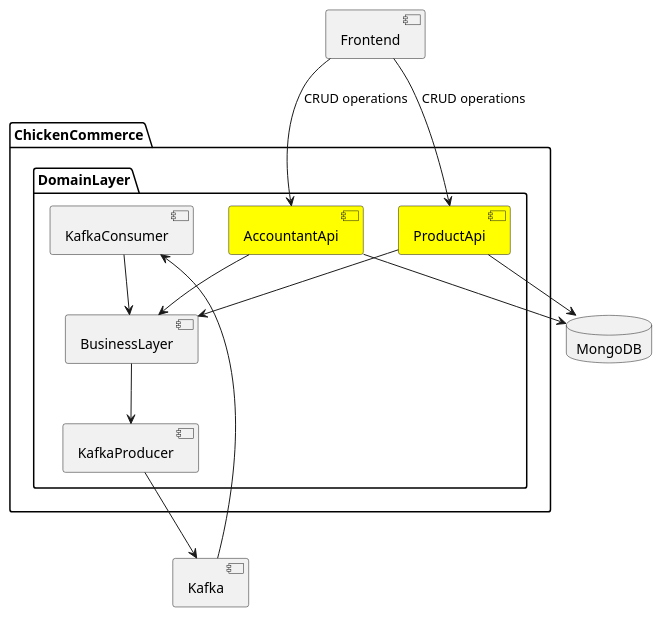
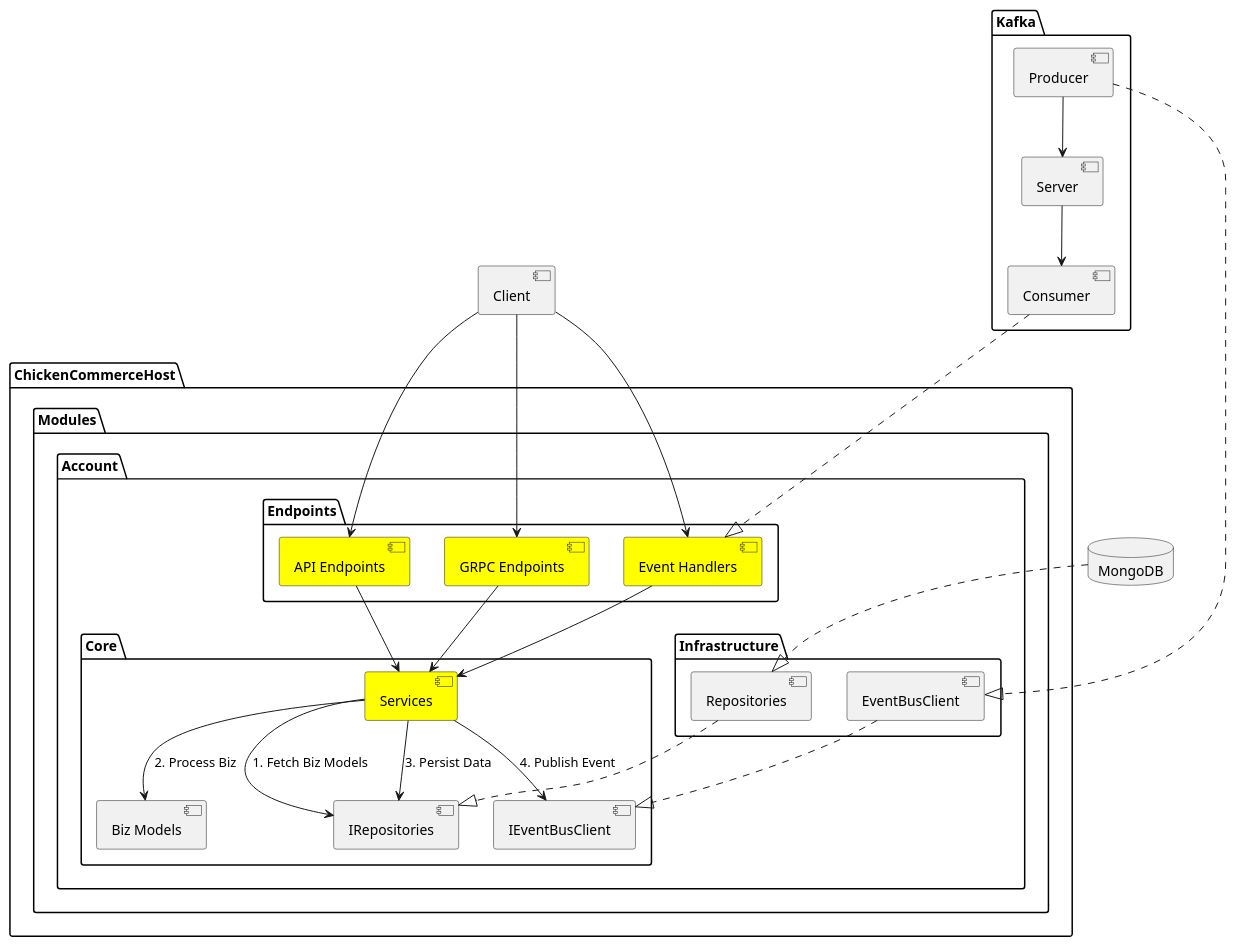
The diagram in Architech_Document/architechture_chicken_commerce.plantuml (chicken-devs/chicken-commerce), drawn with PlantUML before and after one commit. The commit also changed other lines of this file and 1 other file, not shown here.

Commit message:
Update Architecture Docs

```diff
--- a/Architech_Document/architechture_chicken_commerce.plantuml
+++ b/Architech_Document/architechture_chicken_commerce.plantuml
@@ -5,31 +7,61 @@
-@startuml
-package ChickenCommerce{
+@startuml ChickenCommerce
+package ChickenCommerceHost {
 
-package DomainLayer{
-[AccountantApi] #Yellow
-[ProductApi] #Yellow
-[KafkaConsumer]
-[KafkaProducer]
-[BusinessLayer]
+  package Modules {
+    package Account {
 
-AccountantApi --> BusinessLayer
-ProductApi --> BusinessLayer
-KafkaConsumer --> BusinessLayer
-BusinessLayer --> KafkaProducer
-}
+      package Infrastructure {
+        [Repositories]
+        [EventBusClient]
+      }
+
+      package Endpoints {
+        [API Endpoints] #Yellow
+        [GRPC Endpoints] #Yellow
+        [Event Handlers] #Yellow
+      }
+
+      package Core {
+        [Services] #Yellow
+        [IEventBusClient]
+        [Biz Models]
+        [IRepositories]
+      }
+
+      [API Endpoints] --> [Services]
+      [GRPC Endpoints] --> [Services]
+      [Event Handlers] --> [Services]
+
+      [Services] --> [IRepositories] : 1. Fetch Biz Models
+      [Services] --> [Biz Models] : 2. Process Biz
+      [Services] --> [IRepositories] : 3. Persist Data
+      [Services] --> [IEventBusClient] : 4. Publish Event
+
+      [Repositories] ..|> [IRepositories]
+      [EventBusClient] ..|> [IEventBusClient]
+    }
+  }
 }
 
-[Kafka]
-KafkaProducer --> Kafka
-Kafka --> KafkaConsumer
+[Client]
+Client --> [API Endpoints]
+Client --> [GRPC Endpoints]
+Client --> [Event Handlers]
 
-[Frontend]
+package Kafka {
+  [Producer]
+  [Consumer]
+  [Server]
 
-Frontend --> AccountantApi : CRUD operations
-Frontend --> ProductApi : CRUD operations
+  [Producer] --> [Server]
+  [Server] --> [Consumer]
+
+  [Producer] ..|> [EventBusClient]
+  [Consumer] ..|> [Event Handlers]
+}
 
 database MongoDB
-AccountantApi --> MongoDB
-ProductApi --> MongoDB
+MongoDB ..|> Repositories
+
 
 @enduml
```
